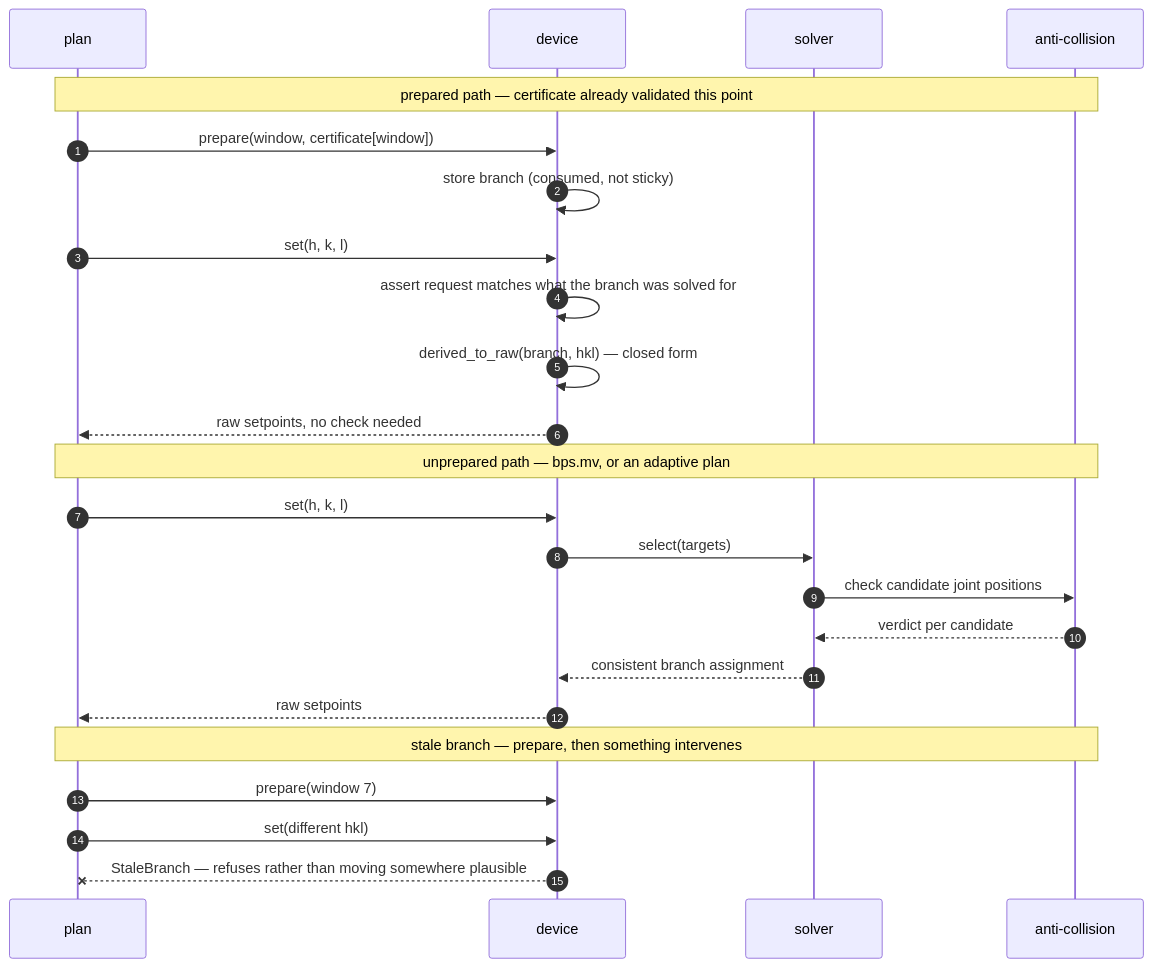
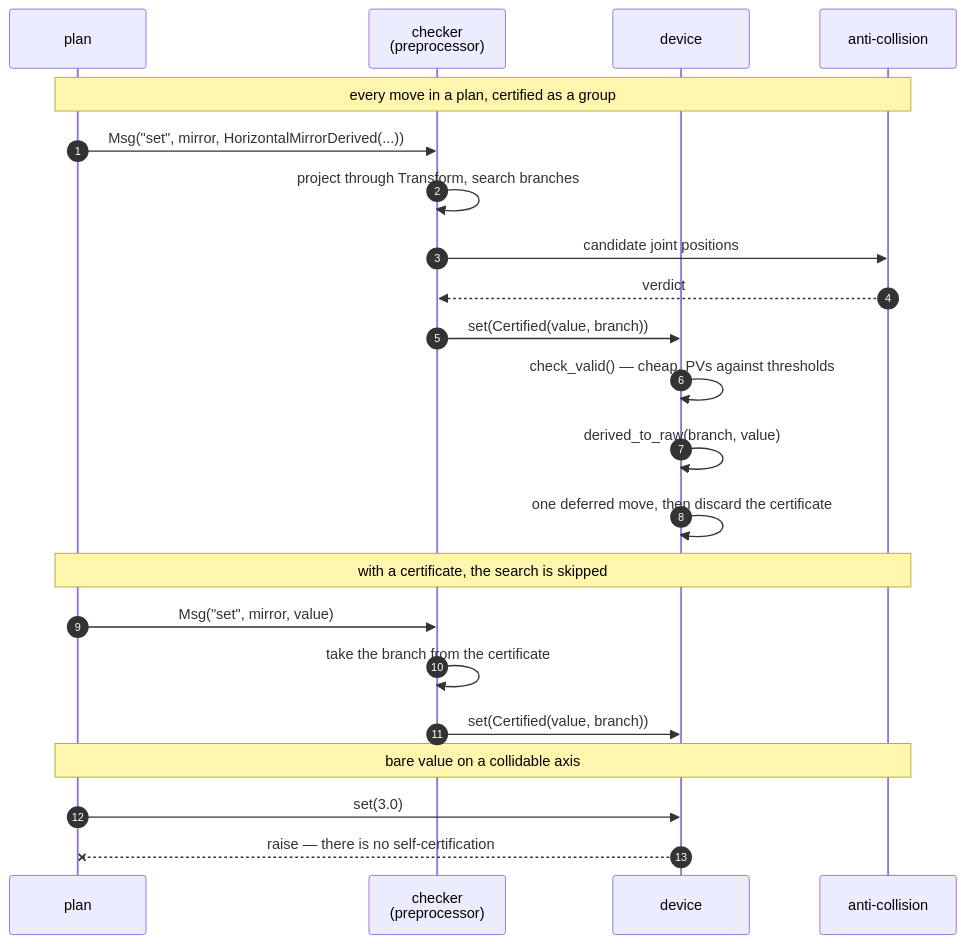
The second of 2 diagrams in docs/explanations/architecture.md (coretl/bluesky-architecture), drawn with Mermaid before and after one commit. The commit also changed other lines of this file and 4 other files, not shown here.

````diff
--- a/docs/explanations/architecture.md
+++ b/docs/explanations/architecture.md
@@ -332,29 +386,27 @@
 ```{mermaid}
 sequenceDiagram
     autonumber
     participant P as plan
+    participant C as checker<br/>(preprocessor)
     participant D as device
-    participant S as solver
     participant AC as anti-collision
 
-    Note over P,AC: prepared path — certificate already validated this point
-    P->>D: prepare(window, certificate[window])
-    D->>D: store branch (consumed, not sticky)
-    P->>D: set(h, k, l)
-    D->>D: assert request matches what the branch was solved for
-    D->>D: derived_to_raw(branch, hkl) — closed form
-    D-->>P: raw setpoints, no check needed
+    Note over P,AC: every move in a plan, certified as a group
+    P->>C: Msg("set", mirror, HorizontalMirrorDerived(...))
+    C->>C: project through Transform, search branches
+    C->>AC: candidate joint positions
+    AC-->>C: verdict
+    C->>D: set(Certified(value, branch))
+    D->>D: check_valid() — cheap, PVs against thresholds
+    D->>D: derived_to_raw(branch, value)
+    D->>D: one deferred move, then discard the certificate
 
-    Note over P,AC: unprepared path — bps.mv, or an adaptive plan
-    P->>D: set(h, k, l)
-    D->>S: select(targets)
-    S->>AC: check candidate joint positions
-    AC-->>S: verdict per candidate
-    S-->>D: consistent branch assignment
-    D-->>P: raw setpoints
+    Note over P,AC: with a certificate, the search is skipped
+    P->>C: Msg("set", mirror, value)
+    C->>C: take the branch from the certificate
+    C->>D: set(Certified(value, branch))
 
-    Note over P,AC: stale branch — prepare, then something intervenes
-    P->>D: prepare(window 7)
-    P->>D: set(different hkl)
-    D--xP: StaleBranch — refuses rather than moving somewhere plausible
+    Note over P,AC: bare value on a collidable axis
+    P->>D: set(3.0)
+    D--xP: raise — there is no self-certification
 ```
````
